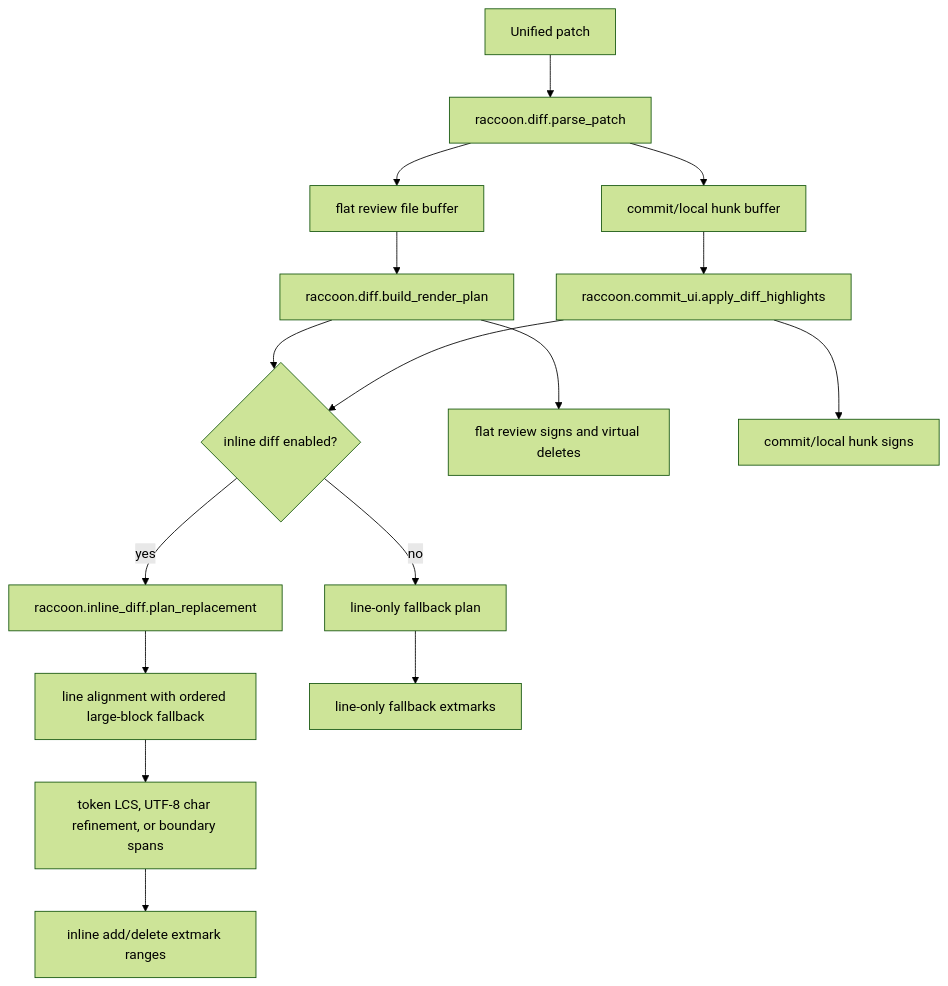
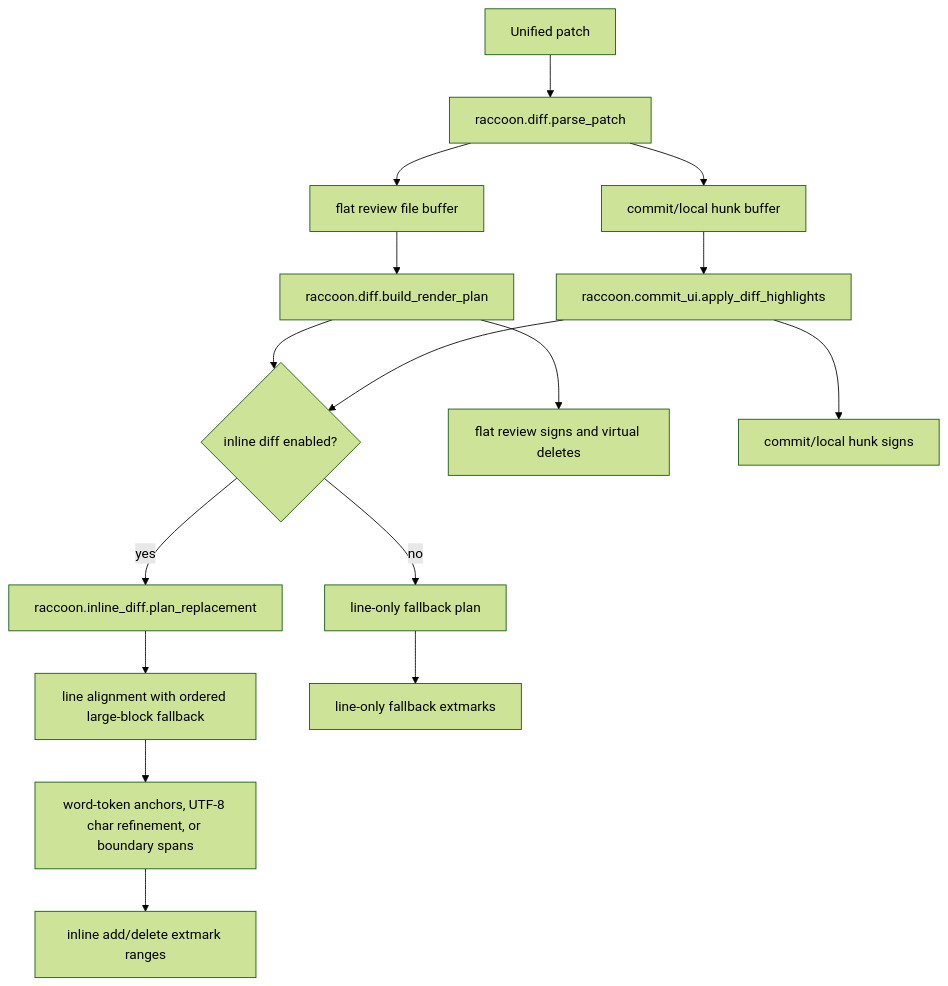
The diagram in ARCHITECTURE_DIFF.md (bajor/nvim-raccoon), drawn with Mermaid (forest theme) before and after one commit. The commit also changed other lines of this file and 2 other files, not shown here.

Commit message:
fix: compare changed punctuation in inline diffs
Use word tokens only as stable anchors inside paired replacement lines, then compare changed runs at UTF-8 character level. This keeps punctuation and whitespace inside changed text from being treated as neutral just because the same punctuation appears elsewhere in the line.

Validation:

- nvim --headless -u tests/minimal_init.lua -c "PlenaryBustedFile tests/inline_diff_spec.lua" -c qa

- nvim --headless -u tests/minimal_init.lua -c "PlenaryBustedFile tests/commit_ui_spec.lua" -c qa

- nvim --headless -u tests/minimal_init.lua -c "PlenaryBustedFile tests/diff_spec.lua" -c qa

- make test

- make lint

- git diff --check

````diff
--- a/ARCHITECTURE_DIFF.md
+++ b/ARCHITECTURE_DIFF.md
@@ -9,18 +9,18 @@
 ```mermaid
 flowchart TD
     A[Unified patch] --> B[raccoon.diff.parse_patch]
     B --> C[flat review file buffer]
     B --> D[commit/local hunk buffer]
     C --> E[raccoon.diff.build_render_plan]
     D --> F[raccoon.commit_ui.apply_diff_highlights]
     E --> G{inline diff enabled?}
     F --> G
     G -->|yes| H[raccoon.inline_diff.plan_replacement]
     H --> I[line alignment with ordered large-block fallback]
-    I --> J[token LCS, UTF-8 char refinement, or boundary spans]
+    I --> J[word-token anchors, UTF-8 char refinement, or boundary spans]
     G -->|no| K[line-only fallback plan]
     J --> L[inline add/delete extmark ranges]
     K --> M[line-only fallback extmarks]
     E --> N[flat review signs and virtual deletes]
     F --> O[commit/local hunk signs]
 ```
````
